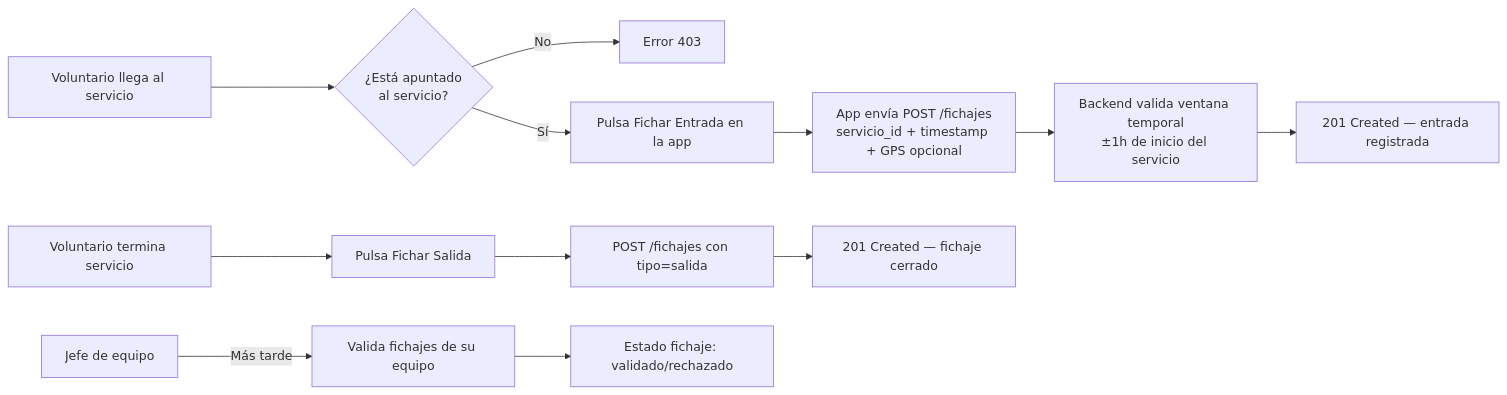
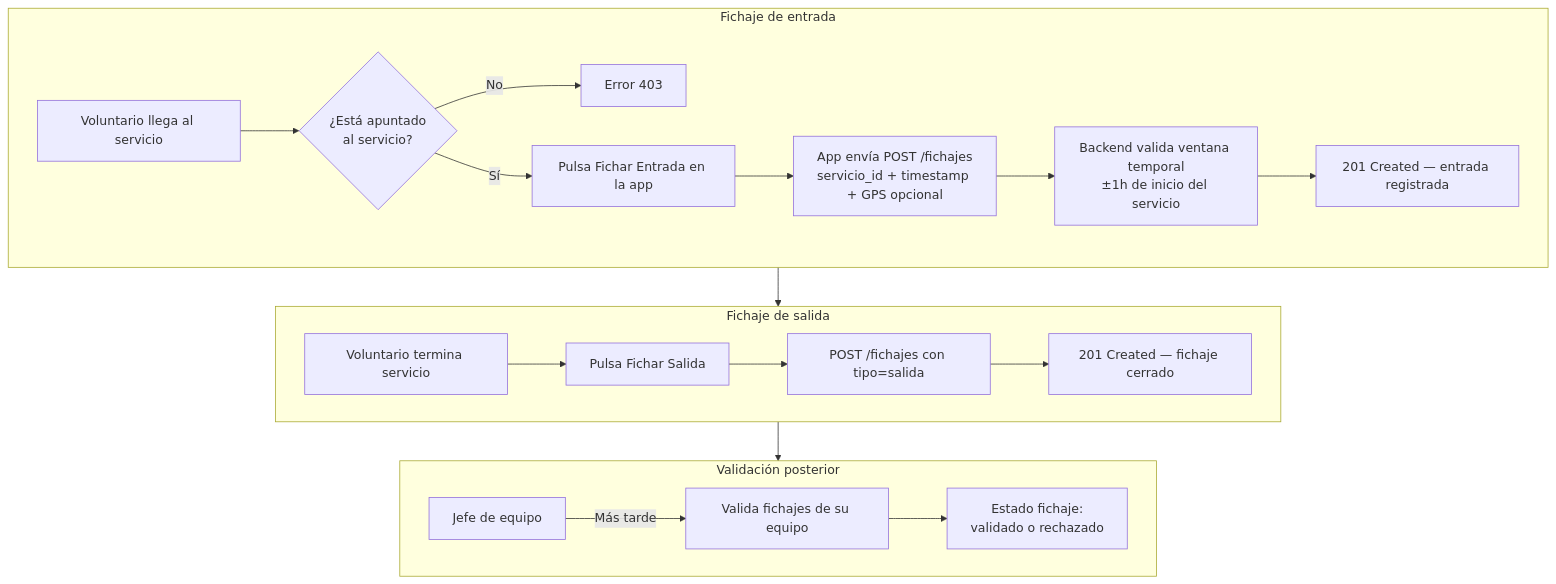
One commit to custodiam/custodiam-book changed the fourth of 4 diagrams in docs/arquitectura/flujos-negocio.md. Above: the diagram before and after it, drawn with Mermaid. The commit also changed 1 other file, not shown here.

Commit message:
fix(book): restaurar layout sidebar colapsable + diagrama fichaje vertical (#12)
Dos correcciones independientes:

1. Layout — re-aplica el estado del PR #6 (sidebar colapsable con árbol
   completo, sin tabs superiores, sin sidebar derecha, TOC integrado en
   sidebar izquierda con `toc_depth: 2`). El force-push del 27-may a
   `d45cedd` retrocedió demasiado: además de borrar los experimentos
   fallidos (FastAPI style + toc.integrate inicial), también borró el
   layout que sí funcionaba (PR #6). Esto restaura ese estado validado.

2. Diagrama de fichaje en `arquitectura/flujos-negocio.md` — pasa de
   `flowchart LR` con tres "swimlanes" sueltas y comprimidas a
   `flowchart TB` con tres subgrafos apilados verticalmente (Entrada,
   Salida, Validación). Aplica la misma regla que justificó el cambio
   anterior de las topologías D2 a `direction: down`: en el ancho fijo
   del contenedor del book, los flowcharts con muchos nodos horizontales
   quedan ilegibles.

Validado con `mkdocs serve` local en localhost:8000 antes del PR.

````diff
--- a/docs/arquitectura/flujos-negocio.md
+++ b/docs/arquitectura/flujos-negocio.md
@@ -124,16 +124,25 @@
 ```mermaid
-flowchart LR
-    A[Voluntario llega al servicio] --> B{¿Está apuntado<br/>al servicio?}
-    B -->|No| C[Error 403]
-    B -->|Sí| D[Pulsa Fichar Entrada en la app]
-    D --> E[App envía POST /fichajes<br/>servicio_id + timestamp + GPS opcional]
-    E --> F[Backend valida ventana temporal<br/>±1h de inicio del servicio]
-    F --> G[201 Created — entrada registrada]
+flowchart TB
+    subgraph Entrada["Fichaje de entrada"]
+        A[Voluntario llega al servicio] --> B{¿Está apuntado<br/>al servicio?}
+        B -->|No| C[Error 403]
+        B -->|Sí| D[Pulsa Fichar Entrada en la app]
+        D --> E[App envía POST /fichajes<br/>servicio_id + timestamp + GPS opcional]
+        E --> F[Backend valida ventana temporal<br/>±1h de inicio del servicio]
+        F --> G[201 Created — entrada registrada]
+    end
 
-    H[Voluntario termina servicio] --> I[Pulsa Fichar Salida]
-    I --> J[POST /fichajes con tipo=salida]
-    J --> K[201 Created — fichaje cerrado]
+    subgraph Salida["Fichaje de salida"]
+        H[Voluntario termina servicio] --> I[Pulsa Fichar Salida]
+        I --> J[POST /fichajes con tipo=salida]
+        J --> K[201 Created — fichaje cerrado]
+    end
 
-    L[Jefe de equipo] -->|Más tarde| M[Valida fichajes de su equipo]
-    M --> N[Estado fichaje: validado/rechazado]
+    subgraph Validacion["Validación posterior"]
+        L[Jefe de equipo] -->|Más tarde| M[Valida fichajes de su equipo]
+        M --> N[Estado fichaje:<br/>validado o rechazado]
+    end
+
+    Entrada --> Salida
+    Salida --> Validacion
 ```
````
